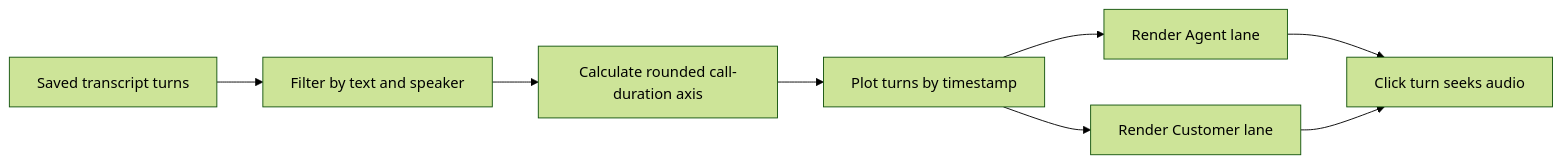
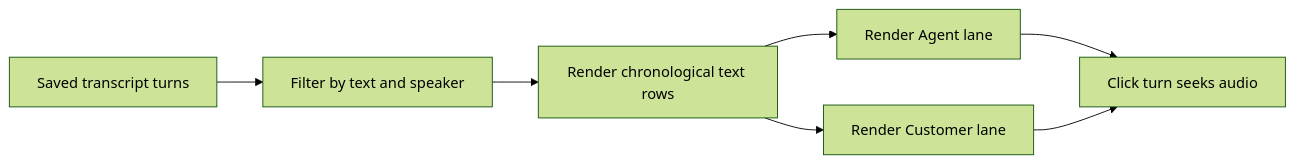
Before and after one commit to vrize-poc-demo/call-center-radar: the diagram in docs/stories/story-2.9-conversation-timeline.md, drawn with Mermaid (forest theme). The commit also changed other lines of this file and 3 other files, not shown here.

Commit message:
fix: remove visible timeline scale

````diff
--- a/docs/stories/story-2.9-conversation-timeline.md
+++ b/docs/stories/story-2.9-conversation-timeline.md
@@ -47,10 +47,9 @@
 ```mermaid
 flowchart LR
   A[Saved transcript turns] --> B[Filter by text and speaker]
-  B --> C[Calculate rounded call-duration axis]
-  C --> D[Plot turns by timestamp]
-  D --> E[Render Agent lane]
-  D --> F[Render Customer lane]
-  E --> G[Click turn seeks audio]
-  F --> G
+  B --> C[Render chronological text rows]
+  C --> D[Render Agent lane]
+  C --> E[Render Customer lane]
+  D --> F[Click turn seeks audio]
+  E --> F
 ```
````
